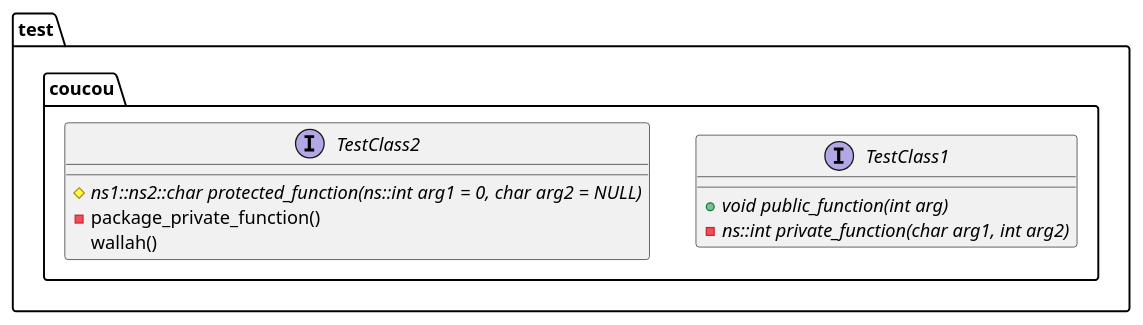
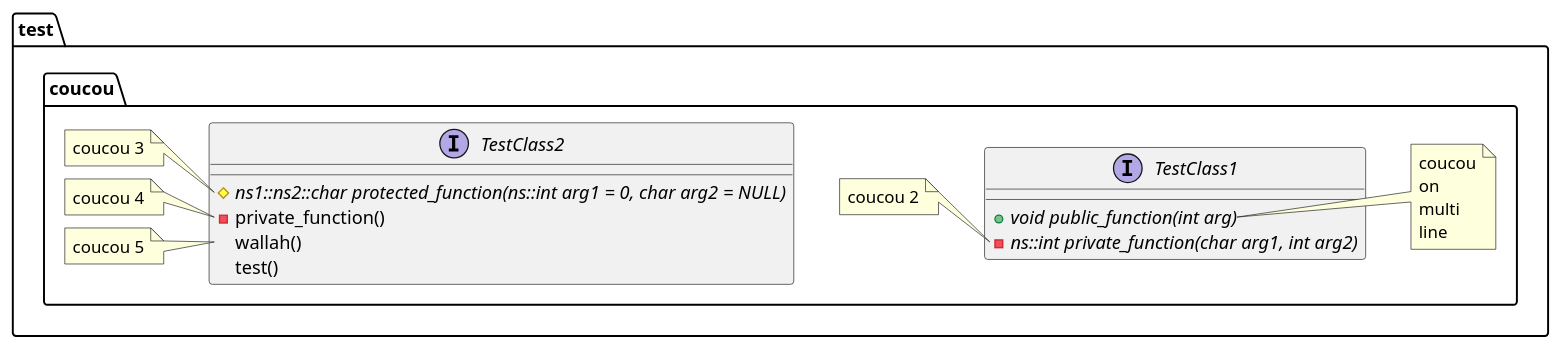
One commit to pngouembe/codegen changed the diagram in test_dir/plantuml/diagrams/test_functions.plantuml. Above: the diagram before and after it, drawn with PlantUML. The commit also changed 13 other files, not shown here.

Commit message:
Adding function documentation support for Plantuml

```diff
--- a/test_dir/plantuml/diagrams/test_functions.plantuml
+++ b/test_dir/plantuml/diagrams/test_functions.plantuml
@@ -1,18 +1,40 @@
 @startuml
 
 set namespaceSeparator ::
 
 namespace test::coucou{
 
 Interface TestClass1{
     + {abstract} void public_function(int arg)
     - {abstract} ns::int private_function(char arg1, int arg2)
 }
 
 interface TestClass2{
     # {abstract} ns1::ns2::char protected_function(ns::int arg1 = 0, char arg2 = NULL)
-    - package_private_function()
+    - private_function()
     wallah()
+    test()
 }
+note right of TestClass1::"public_function(int arg)"
+    coucou
+    on
+    multi
+    line
+end note
+
+note left of TestClass1::"private_function(char arg1, int arg2)"
+    coucou 2
+end note
+
+note left of TestClass2::protected_function
+    coucou 3
+end note
+note left of TestClass2::private_function
+    coucou 4
+end note
+note left of TestClass2::wallah
+    coucou 5
+end note
 }
+
 @enduml
```
